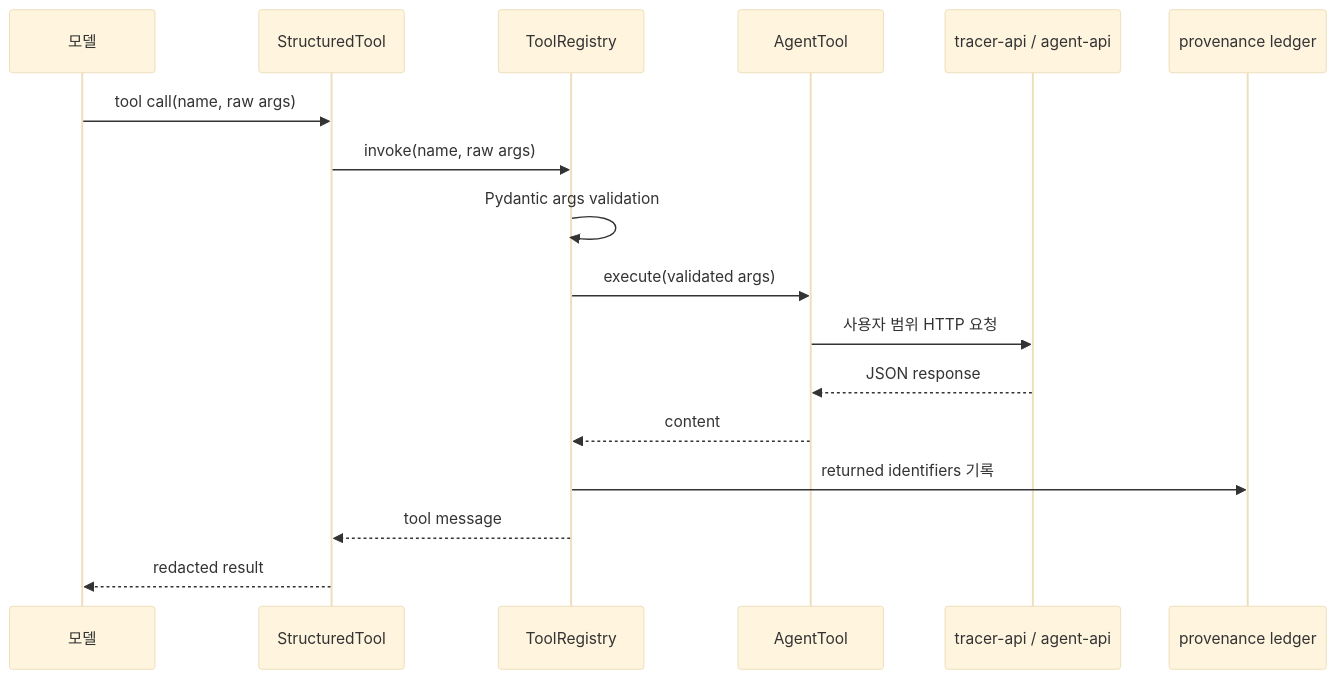
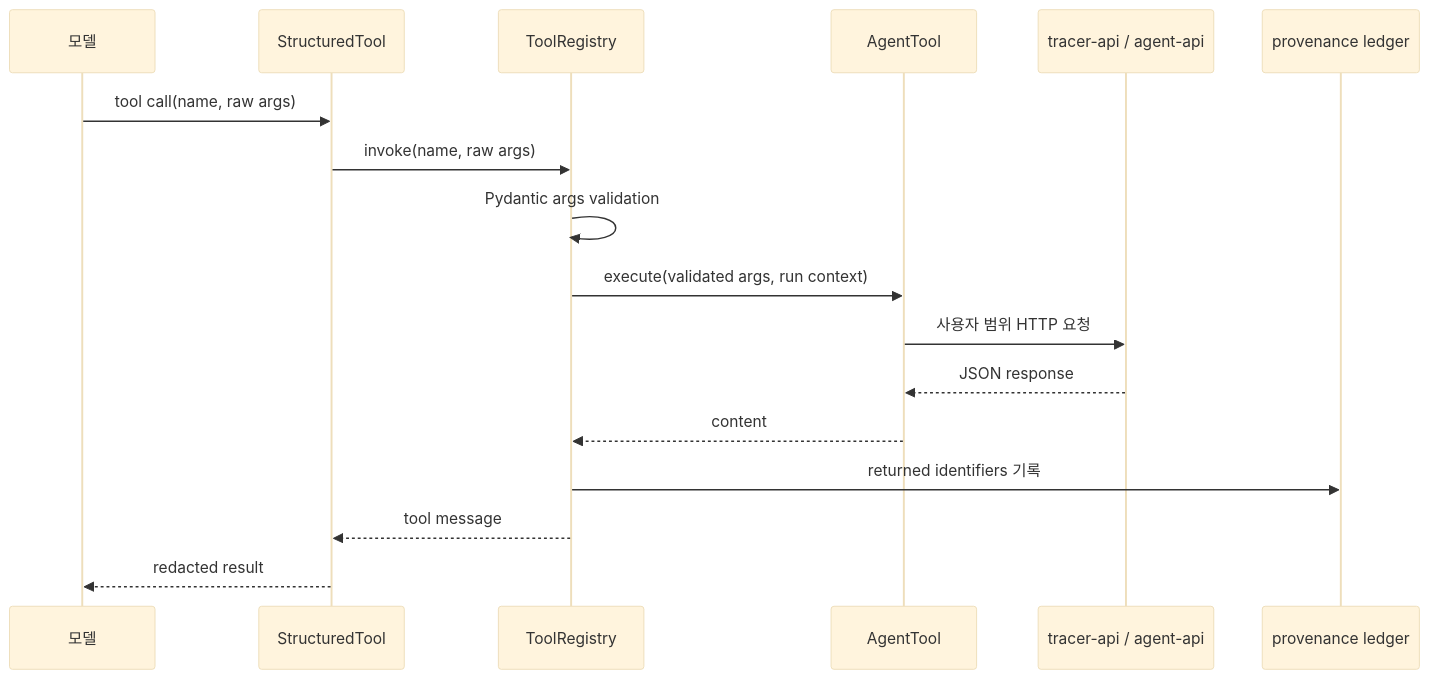
The fifth of 7 diagrams in src/tracer_agent/worker/agents/README.md (agent-tracer/tracer-agent-python), drawn with Mermaid (base theme) before and after one commit. The commit also changed other lines of this file and 38 other files, not shown here.

````diff
--- a/src/tracer_agent/worker/agents/README.md
+++ b/src/tracer_agent/worker/agents/README.md
@@ -144,19 +146,19 @@
 ```mermaid
 sequenceDiagram
     participant Model as 모델
     participant LC as StructuredTool
     participant Registry as ToolRegistry
     participant Tool as AgentTool
     participant API as tracer-api / agent-api
     participant Ledger as provenance ledger
     Model->>LC: tool call(name, raw args)
     LC->>Registry: invoke(name, raw args)
     Registry->>Registry: Pydantic args validation
-    Registry->>Tool: execute(validated args)
+    Registry->>Tool: execute(validated args, run context)
     Tool->>API: 사용자 범위 HTTP 요청
     API-->>Tool: JSON response
     Tool-->>Registry: content
     Registry->>Ledger: returned identifiers 기록
     Registry-->>LC: tool message
     LC-->>Model: redacted result
 ```
````
